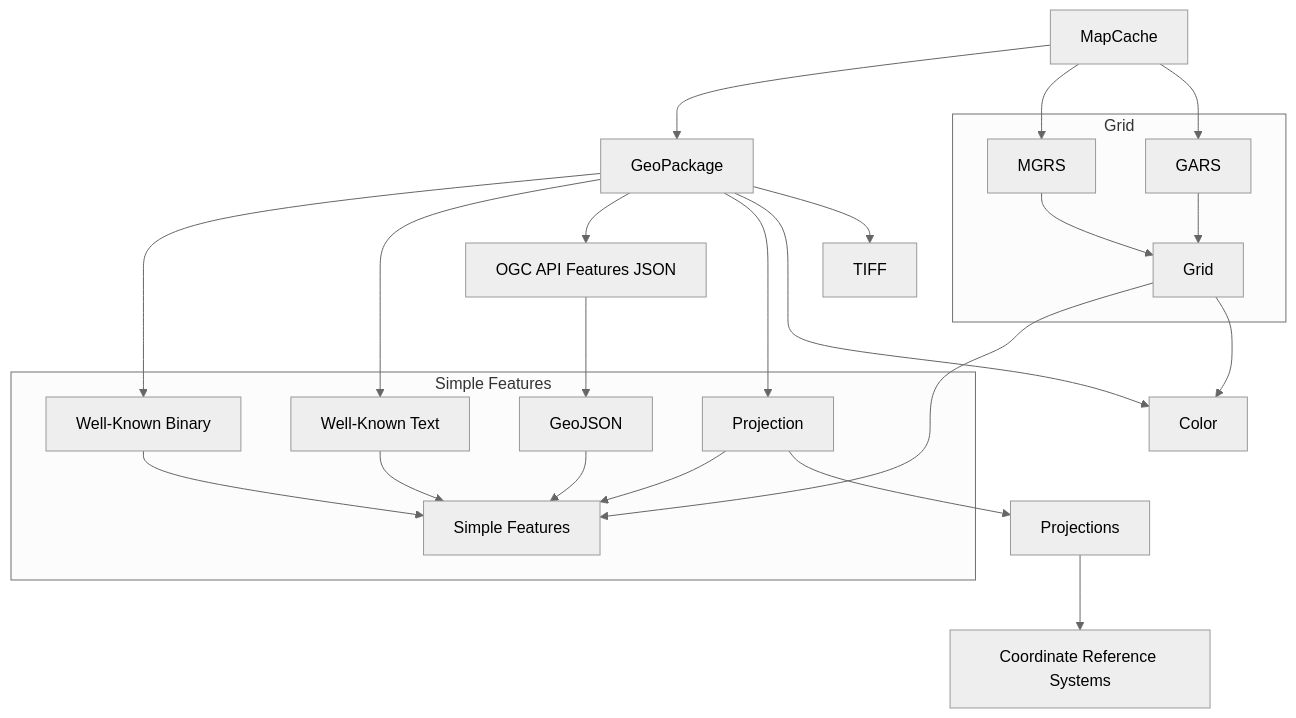
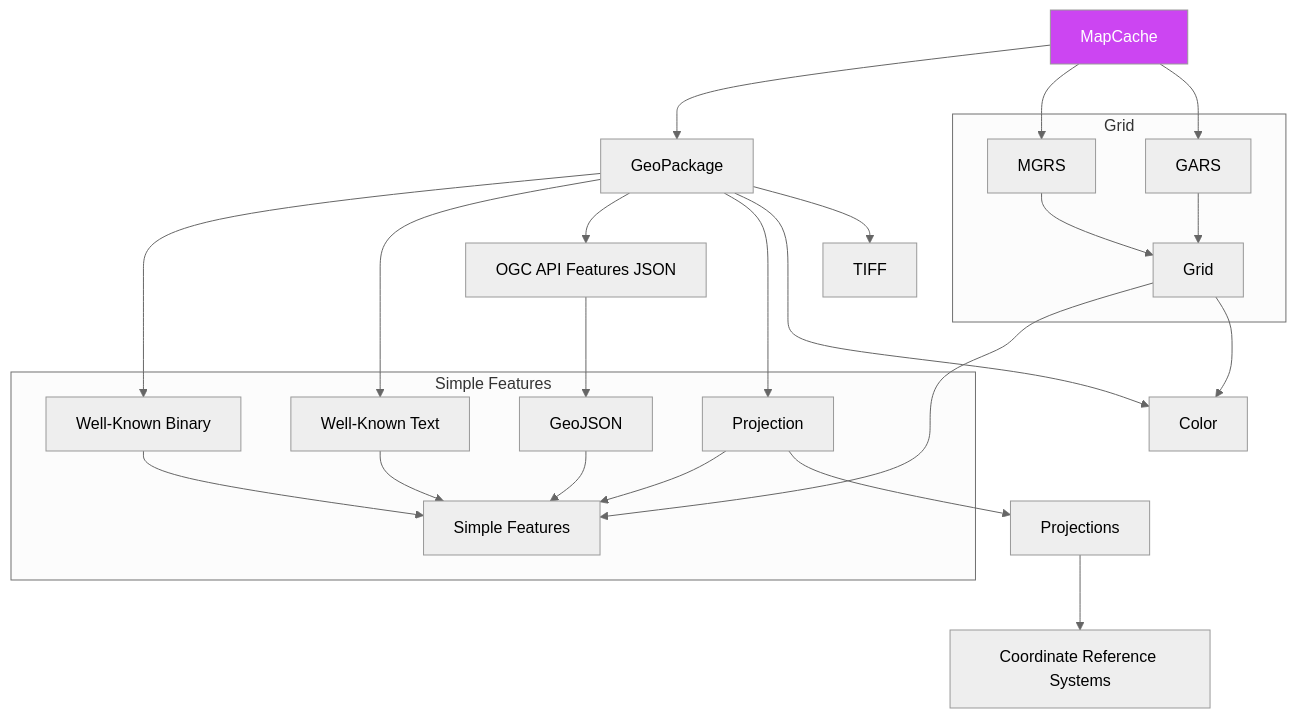
One commit to ngageoint/GeoPackage changed the diagram in DependencyiOS.md. Above: the diagram before and after it, drawn with Mermaid (neutral theme).

````diff
--- a/DependencyiOS.md
+++ b/DependencyiOS.md
@@ -3,29 +3,50 @@
 ```mermaid
 graph TD;
+
     MapCache-->GeoPackage
     MapCache-->GD_MGRS
     MapCache-->GD_GARS
     GeoPackage-->SF_WKB
     GeoPackage-->SF_WKT
     GeoPackage-->OGCAPIFeatures
     GeoPackage-->SF_Projection
     GeoPackage-->Color
     GeoPackage-->TIFF
     OGCAPIFeatures[OGC API Features JSON]-->SF_GeoJSON
     subgraph Simple Features
         SF_Projection[Projection]-->SF
         SF_WKB[Well-Known Binary]-->SF
         SF_WKT[Well-Known Text]-->SF
         SF_GeoJSON[GeoJSON]-->SF
         SF[Simple Features]
     end
     SF_Projection-->Projections
-    Projections-->CRS[Coordinate Reference Systems]
+    Projections-->CRS
+    CRS[Coordinate Reference Systems]
     subgraph Grid
         GD_MGRS[MGRS]-->GD
         GD_GARS[GARS]-->GD
         GD[Grid]
     end
     GD-->SF
     GD-->Color
+    
+    click MapCache "https://github.com/ngageoint/geopackage-mapcache-ios" "MapCache iOS" _blank
+    click GeoPackage "https://github.com/ngageoint/geopackage-ios" "GeoPackage iOS" _blank
+    click TIFF "https://github.com/ngageoint/tiff-ios" "TIFF iOS" _blank
+    click GD_GARS "https://github.com/ngageoint/gars-ios" "GARS iOS" _blank
+    click GD_MGRS "https://github.com/ngageoint/mgrs-ios" "MGRS iOS" _blank
+    click GD "https://github.com/ngageoint/grid-ios" "Grid iOS" _blank
+    click Color "https://github.com/ngageoint/color-ios" "Color iOS" _blank
+    click OGCAPIFeatures "https://github.com/ngageoint/ogc-api-features-json-ios" "OGC API Features JSON iOS" _blank
+    click SF_Projection "https://github.com/ngageoint/simple-features-proj-ios" "Simple Features Projection iOS" _blank
+    click SF_WKB "https://github.com/ngageoint/simple-features-wkb-ios" "Simple Features WKB iOS" _blank
+    click SF_WKT "https://github.com/ngageoint/simple-features-wkt-ios" "Simple Features WKT iOS" _blank
+    click SF_GeoJSON "https://github.com/ngageoint/simple-features-geojson-ios" "Simple Features GeoJSON iOS" _blank
+    click SF "https://github.com/ngageoint/simple-features-ios" "Simple Features iOS" _blank
+    click Projections "https://github.com/ngageoint/projections-ios" "Projections iOS" _blank
+    click CRS "https://github.com/ngageoint/coordinate-reference-systems-ios" "Coordinate Reference Systems iOS" _blank
+    
+    style MapCache fill:#cc45f2,color:#fff
+    
 ```
````
